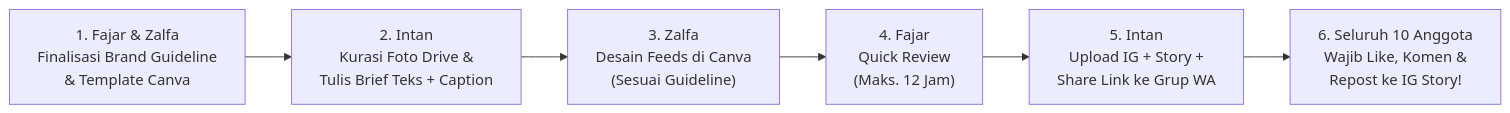
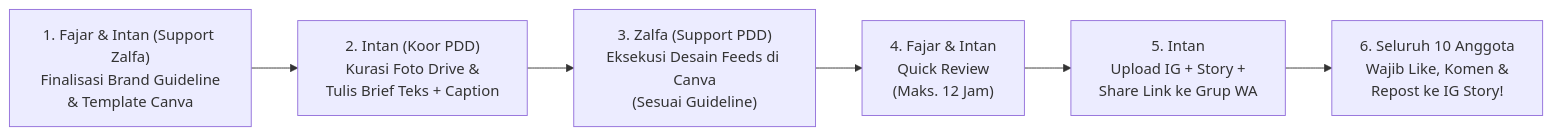
One commit to anothersunrisee/uny-plk changed the diagram in Tim PLK/02 - Fase Pre-PLK/06 - Sprint 2 Minggu & Guideline Eksekusi (25 Nov - 8 Des)/01 - Guideline Social Media & Branding Instagram.md. Above: the diagram before and after it, drawn with Mermaid. The commit also changed other lines of this file and 15 other files, not shown here.

Commit message:
fix: tetapkan intan sebagai main koor pdd & zalfa sebagai support pdd di seluruh dok + update pdf

````diff
--- a/Tim PLK/02 - Fase Pre-PLK/06 - Sprint 2 Minggu & Guideline Eksekusi (25 Nov - 8 Des)/01 - Guideline Social Media & Branding Instagram.md
+++ b/Tim PLK/02 - Fase Pre-PLK/06 - Sprint 2 Minggu & Guideline Eksekusi (25 Nov - 8 Des)/01 - Guideline Social Media & Branding Instagram.md
@@ -56,8 +56,8 @@
 ```mermaid
 flowchart LR
-    A["1. Fajar & Zalfa<br/>Finalisasi Brand Guideline<br/>& Template Canva"] --> B["2. Intan<br/>Kurasi Foto Drive &<br/>Tulis Brief Teks + Caption"]
-    B --> C["3. Zalfa<br/>Desain Feeds di Canva<br/>(Sesuai Guideline)"]
-    C --> D["4. Fajar<br/>Quick Review<br/>(Maks. 12 Jam)"]
+    A["1. Fajar & Intan (Support Zalfa)<br/>Finalisasi Brand Guideline<br/>& Template Canva"] --> B["2. Intan (Koor PDD)<br/>Kurasi Foto Drive &<br/>Tulis Brief Teks + Caption"]
+    B --> C["3. Zalfa (Support PDD)<br/>Eksekusi Desain Feeds di Canva<br/>(Sesuai Guideline)"]
+    C --> D["4. Fajar & Intan<br/>Quick Review<br/>(Maks. 12 Jam)"]
     D --> E["5. Intan<br/>Upload IG + Story +<br/>Share Link ke Grup WA"]
     E --> F["6. Seluruh 10 Anggota<br/>Wajib Like, Komen &<br/>Repost ke IG Story!"]
 ```
````
